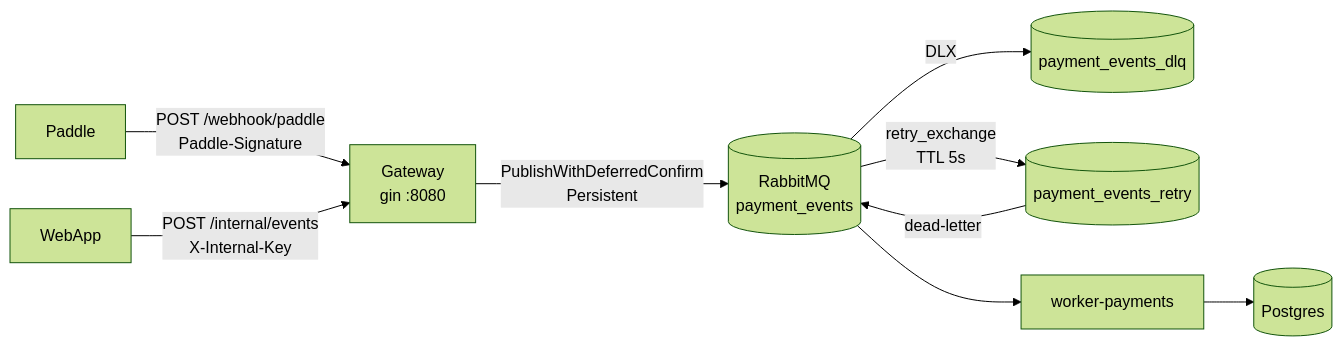
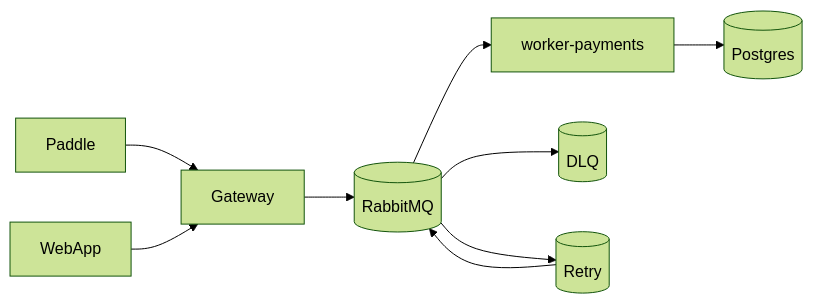
One commit to kunalPisolkar24/detectAI changed the first of 3 diagrams in services/payments/gateway/README.md. Above: the diagram before and after it, drawn with Mermaid (forest theme). The commit also changed other lines of this file, not shown here.

First line of the commit message:
Fix mermaid diagrams for GitHub rendering

````diff
--- a/services/payments/gateway/README.md
+++ b/services/payments/gateway/README.md
@@ -17,10 +17,11 @@
 ```mermaid
 graph LR
-    Paddle -- POST /webhook/paddle<br/>Paddle-Signature --> GW[Gateway<br/>gin :8080]
-    WebApp -- POST /internal/events<br/>X-Internal-Key --> GW
-    GW -- PublishWithDeferredConfirm<br/>Persistent --> RMQ[(RabbitMQ<br/>payment_events)]
-    RMQ -- DLX --> DLQ[(payment_events_dlq)]
-    RMQ -- retry_exchange<br/>TTL 5s --> RQ[(payment_events_retry)] -- dead-letter --> RMQ
+    Paddle --> GW[Gateway]
+    WebApp --> GW
+    GW --> RMQ[(RabbitMQ)]
     RMQ --> Worker[worker-payments]
     Worker --> DB[(Postgres)]
+    RMQ --> DLQ[(DLQ)]
+    RMQ --> RQ[(Retry)]
+    RQ --> RMQ
 ```
````
